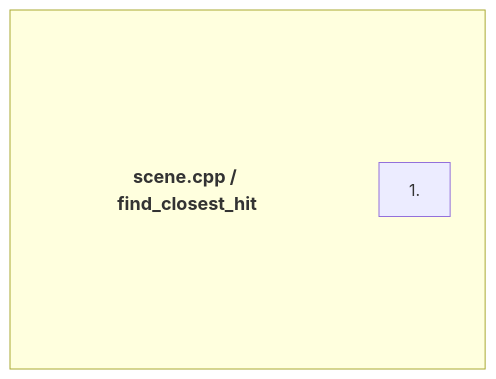
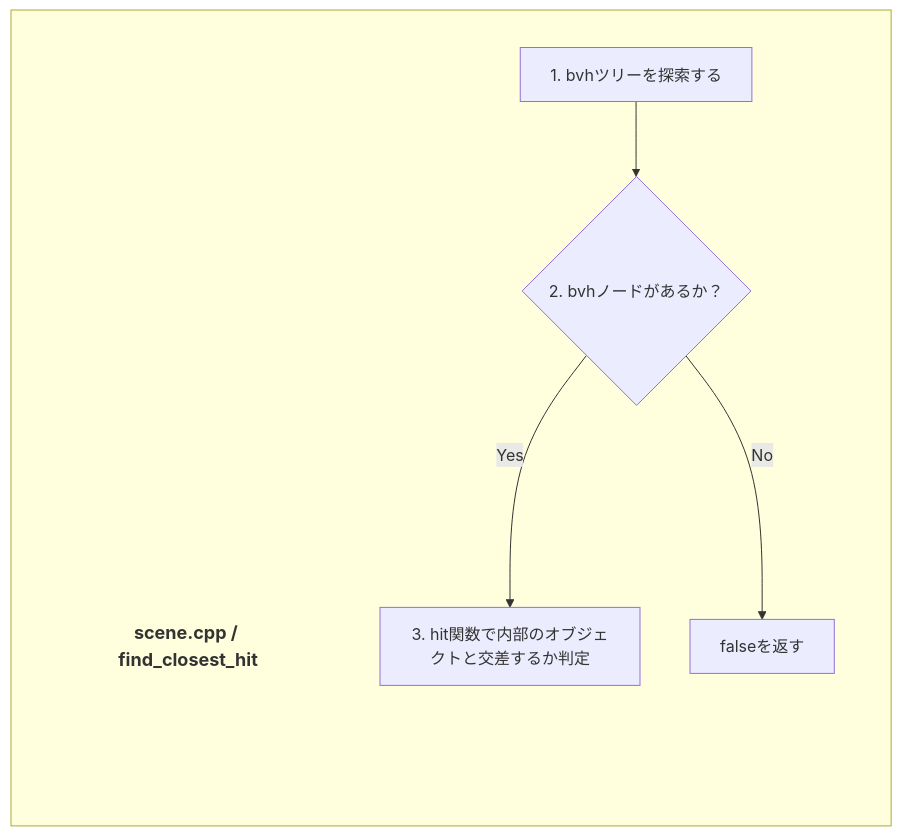
Before and after one commit to koretty/raytracing-engine: the third of 3 diagrams in docs/architecture.md, drawn with Mermaid.

````diff
--- a/docs/architecture.md
+++ b/docs/architecture.md
@@ -83,17 +83,22 @@
 ```mermaid
 graph TD
     
     subgraph MainContainer [" "]
         direction TB
 
         Title{"scene.cpp / find_closest_hit"}
         style Title fill:none,stroke:none,font-size:18px,font-weight:bold
 
-        Step1["1. "]
-    
+        Step1["1. bvhツリーを探索する"]
+        Step2{"2. bvhノードがあるか？"}
+        Step3["3. hit関数で内部のオブジェクトと交差するか判定"]
+        Step1 --> Step2 
+        Step2 -- Yes --> Step3
+        Step2 -- No --> NoHit["falseを返す"]
     end
+
 
 
     
 
 ```
````
